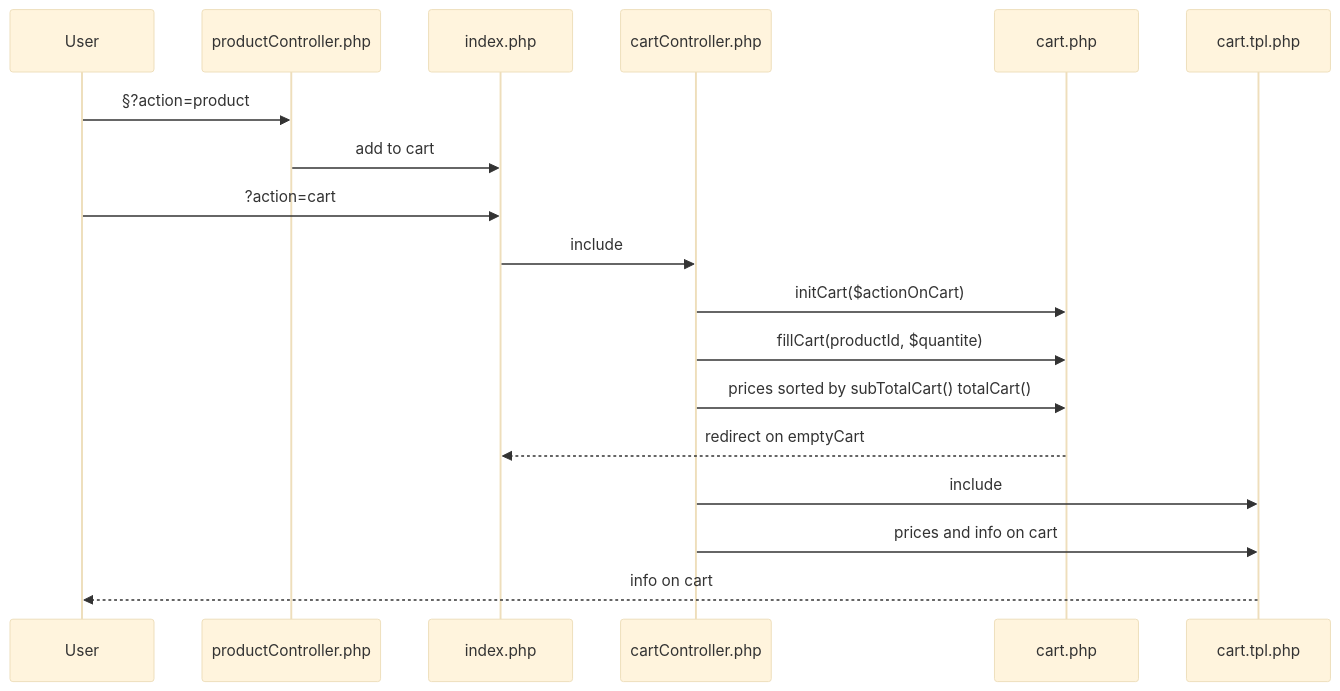
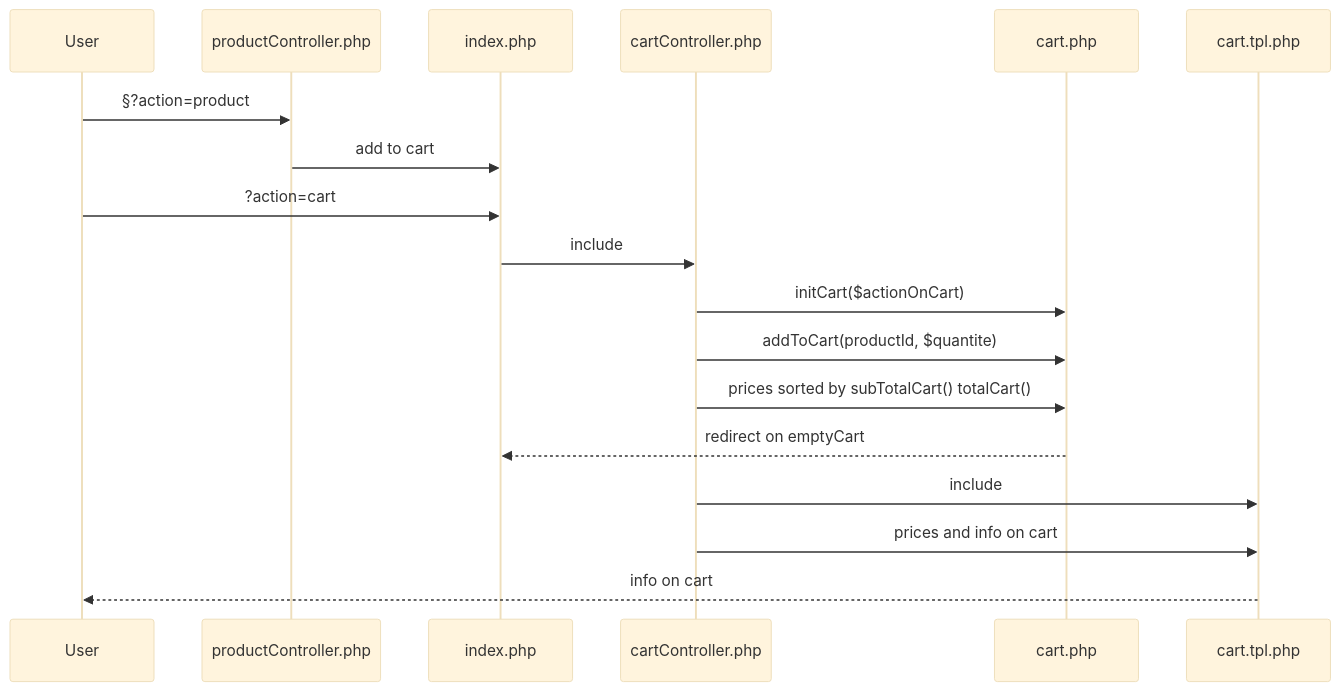
The second of 2 diagrams in doc/diagram.md (AugustinPech/cours_PHP_Boutique), drawn with Mermaid (base theme) before and after one commit. The commit also changed 2 other files, not shown here.

Commit message:
addToCart done

````diff
--- a/doc/diagram.md
+++ b/doc/diagram.md
@@ -50,16 +50,16 @@
 ```mermaid
 sequenceDiagram
 
 	User->>productController.php: §?action=product
 	productController.php->>index.php: add to cart
 	    User->>index.php: ?action=cart
     index.php->>cartController.php: include
     cartController.php->>cart.php: initCart($actionOnCart)
 
-    cartController.php->>cart.php: fillCart(productId, $quantite)
+    cartController.php->>cart.php: addToCart(productId, $quantite)
 	cartController.php->>cart.php: prices sorted by subTotalCart() totalCart()
 	    cart.php-->>index.php: redirect on emptyCart
     cartController.php->>cart.tpl.php: include
     cartController.php->>cart.tpl.php: prices and info on cart
     cart.tpl.php -->>User: info on cart
 ```
````
